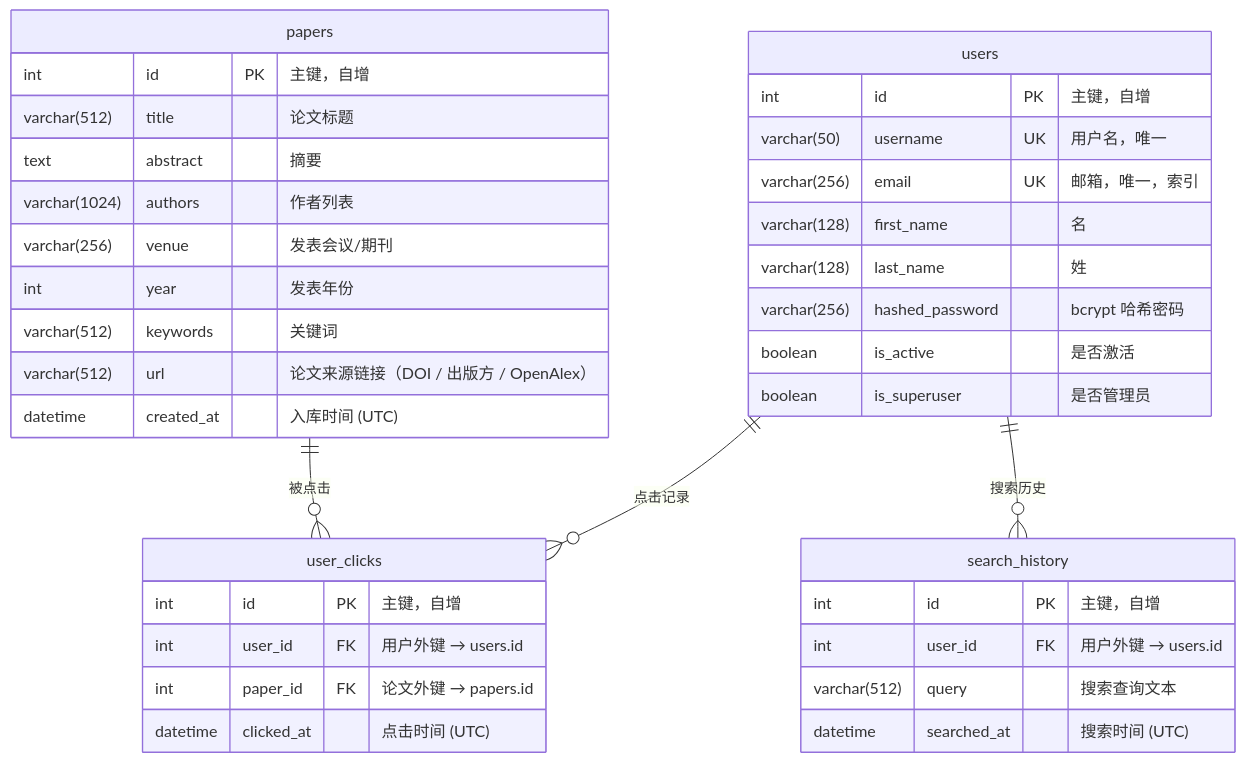
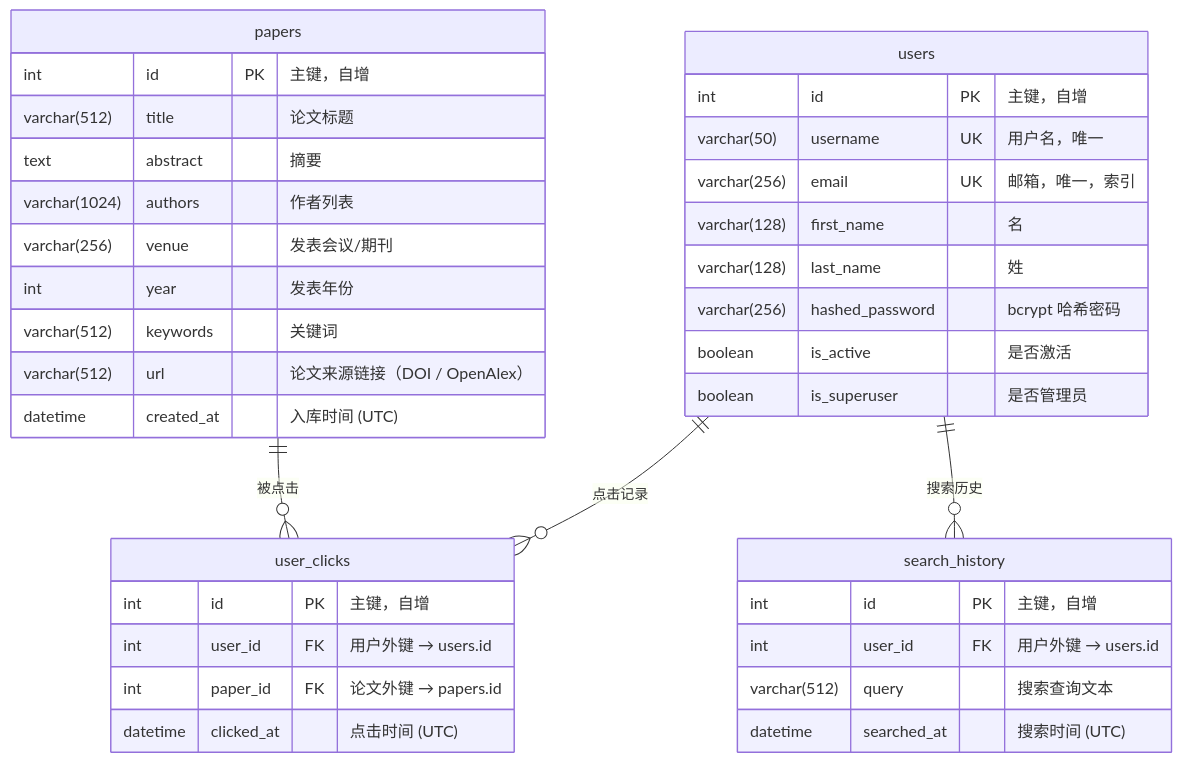
Before and after one commit to JunjieNian/paper-search-database: the diagram in README.md, drawn with Mermaid. The commit also changed other lines of this file, not shown here.

````diff
--- a/README.md
+++ b/README.md
@@ -107,43 +108,43 @@
 ```mermaid
 erDiagram
     users ||--o{ user_clicks : "点击记录"
     users ||--o{ search_history : "搜索历史"
     papers ||--o{ user_clicks : "被点击"
 
     users {
         int id PK "主键，自增"
         varchar(50) username UK "用户名，唯一"
         varchar(256) email UK "邮箱，唯一，索引"
         varchar(128) first_name "名"
         varchar(128) last_name "姓"
         varchar(256) hashed_password "bcrypt 哈希密码"
         boolean is_active "是否激活"
         boolean is_superuser "是否管理员"
     }
 
     papers {
         int id PK "主键，自增"
         varchar(512) title "论文标题"
         text abstract "摘要"
         varchar(1024) authors "作者列表"
         varchar(256) venue "发表会议/期刊"
         int year "发表年份"
         varchar(512) keywords "关键词"
-        varchar(512) url "论文来源链接（DOI / 出版方 / OpenAlex）"
+        varchar(512) url "论文来源链接（DOI / OpenAlex）"
         datetime created_at "入库时间 (UTC)"
     }
 
     user_clicks {
         int id PK "主键，自增"
         int user_id FK "用户外键 → users.id"
         int paper_id FK "论文外键 → papers.id"
         datetime clicked_at "点击时间 (UTC)"
     }
 
     search_history {
         int id PK "主键，自增"
         int user_id FK "用户外键 → users.id"
         varchar(512) query "搜索查询文本"
         datetime searched_at "搜索时间 (UTC)"
     }
 ```
````
